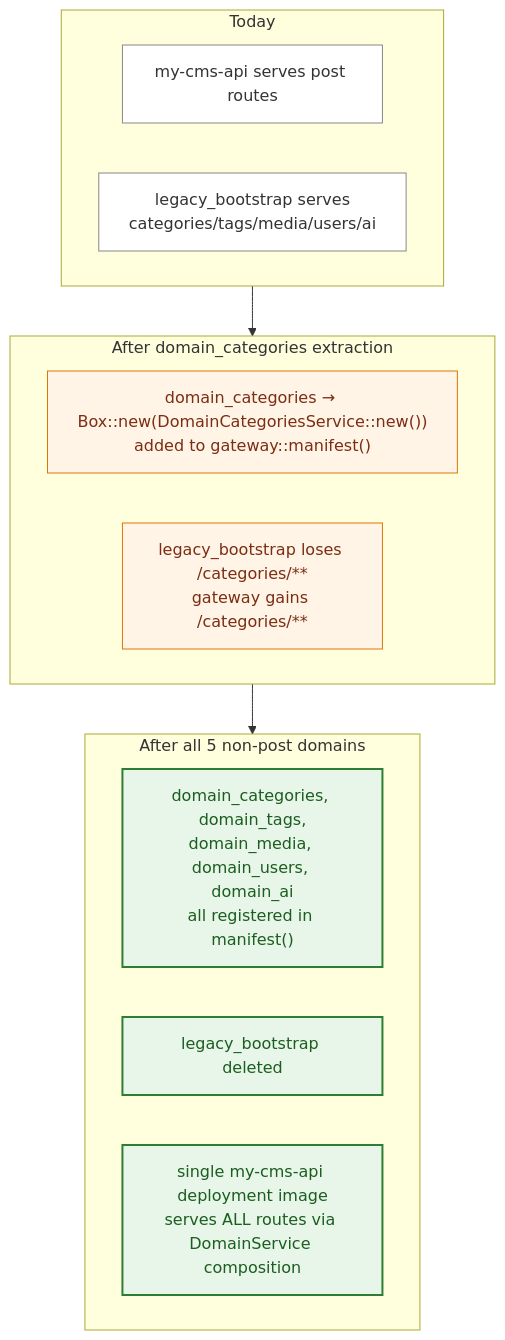
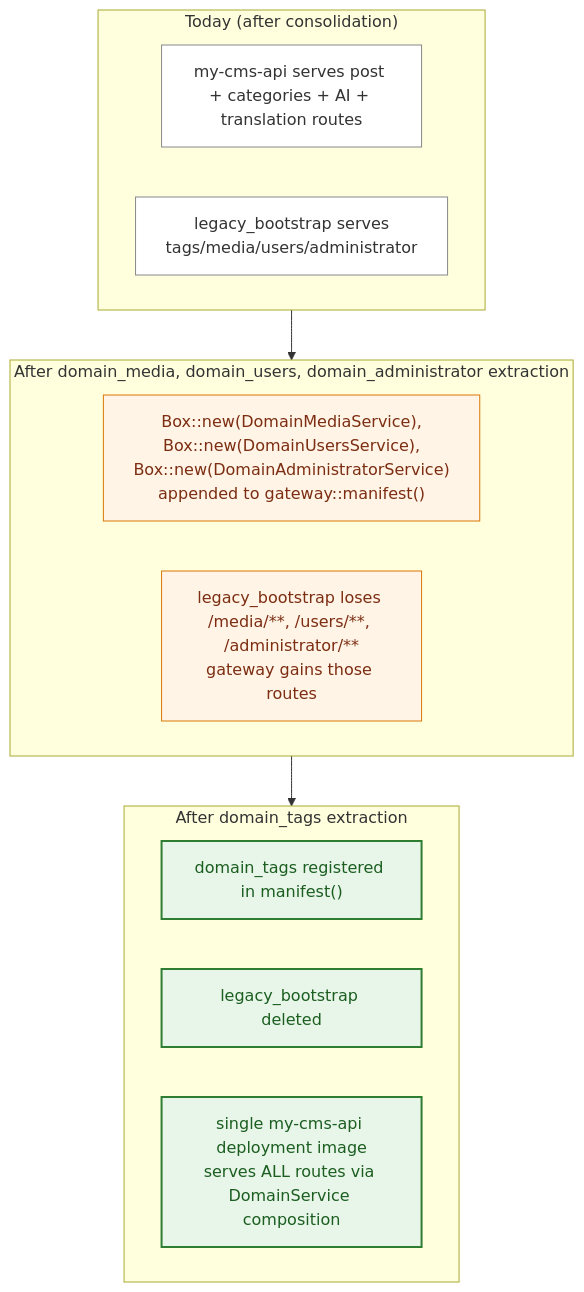
Before and after one commit to doitsu2014/my-cms: the tenth of 10 diagrams in docs/api-architecture.md, drawn with Mermaid. The commit also changed other lines of this file and 120 other files, not shown here.

````diff
--- a/docs/api-architecture.md
+++ b/docs/api-architecture.md
@@ -452,28 +466,28 @@
 ```mermaid
 graph TB
-    subgraph now["Today"]
-        N1["my-cms-api serves post routes"]
-        N2["legacy_bootstrap serves<br/>categories/tags/media/users/ai"]
+    subgraph now["Today (after consolidation)"]
+        N1["my-cms-api serves post + categories + AI + translation routes"]
+        N2["legacy_bootstrap serves<br/>tags/media/users/administrator"]
     end
 
-    subgraph next["After domain_categories extraction"]
-        X1["domain_categories → Box::new(DomainCategoriesService::new())<br/>added to gateway::manifest()"]
-        X2["legacy_bootstrap loses /categories/**<br/>gateway gains /categories/**"]
+    subgraph next["After domain_media, domain_users, domain_administrator extraction"]
+        X1["Box::new(DomainMediaService),<br/>Box::new(DomainUsersService),<br/>Box::new(DomainAdministratorService)<br/>appended to gateway::manifest()"]
+        X2["legacy_bootstrap loses /media/**, /users/**, /administrator/**<br/>gateway gains those routes"]
     end
 
-    subgraph future["After all 5 non-post domains"]
-        F1["domain_categories, domain_tags,<br/>domain_media, domain_users, domain_ai<br/>all registered in manifest()"]
+    subgraph future["After domain_tags extraction"]
+        F1["domain_tags registered in manifest()"]
         F2["legacy_bootstrap deleted"]
         F3["single my-cms-api deployment image<br/>serves ALL routes via DomainService composition"]
     end
 
     now --> next --> future
 
     classDef current fill:#fff,stroke:#888,stroke-width:1px
     classDef nextStage fill:#fff4e6,stroke:#d97706,stroke-width:1px,color:#7c2d12
     classDef futureStage fill:#e8f5e9,stroke:#2e7d32,stroke-width:2px,color:#1b5e20
 
     class N1,N2 current
     class X1,X2 nextStage
     class F1,F2,F3 futureStage
 ```
````
